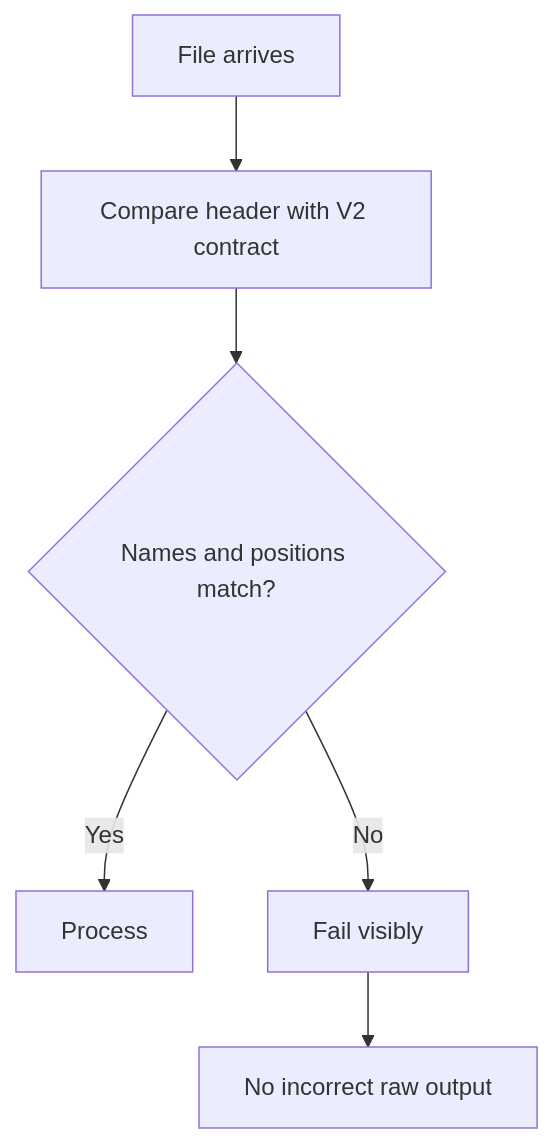
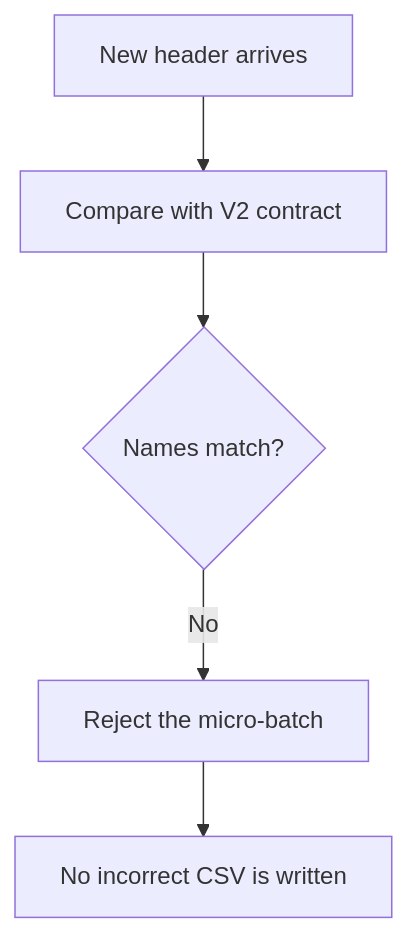
One commit to tg117official/databricks-hands-on-tg117-pst changed diagram 11 of 15 in 03_file_based_ingestion/session_4/customer_schema_evolution/customer_schema_evolution_notes.md. Above: the diagram before and after it, drawn with Mermaid. The commit also changed other lines of this file and 4 other files, not shown here.

Commit message:
added schema evolution scenarios problem solution approach

````diff
--- a/03_file_based_ingestion/session_4/customer_schema_evolution/customer_schema_evolution_notes.md
+++ b/03_file_based_ingestion/session_4/customer_schema_evolution/customer_schema_evolution_notes.md
@@ -703,8 +576,7 @@
 ```mermaid
 flowchart TD
-    A[File arrives] --> B[Compare header with V2 contract]
-    B --> C{Names and positions match?}
-    C -->|Yes| D[Process]
-    C -->|No| E[Fail visibly]
-    E --> F[No incorrect raw output]
+    A[New header arrives] --> B[Compare with V2 contract]
+    B --> C{Names match?}
+    C -->|No| D[Reject the micro-batch]
+    D --> E[No incorrect CSV is written]
 ```
````
